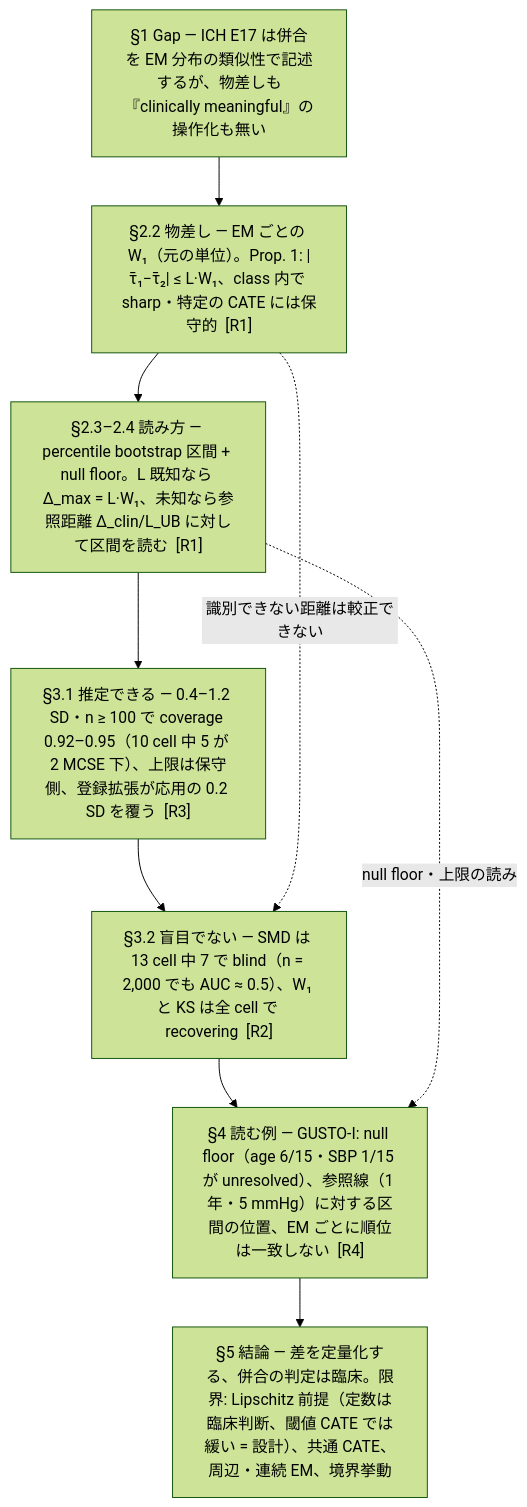
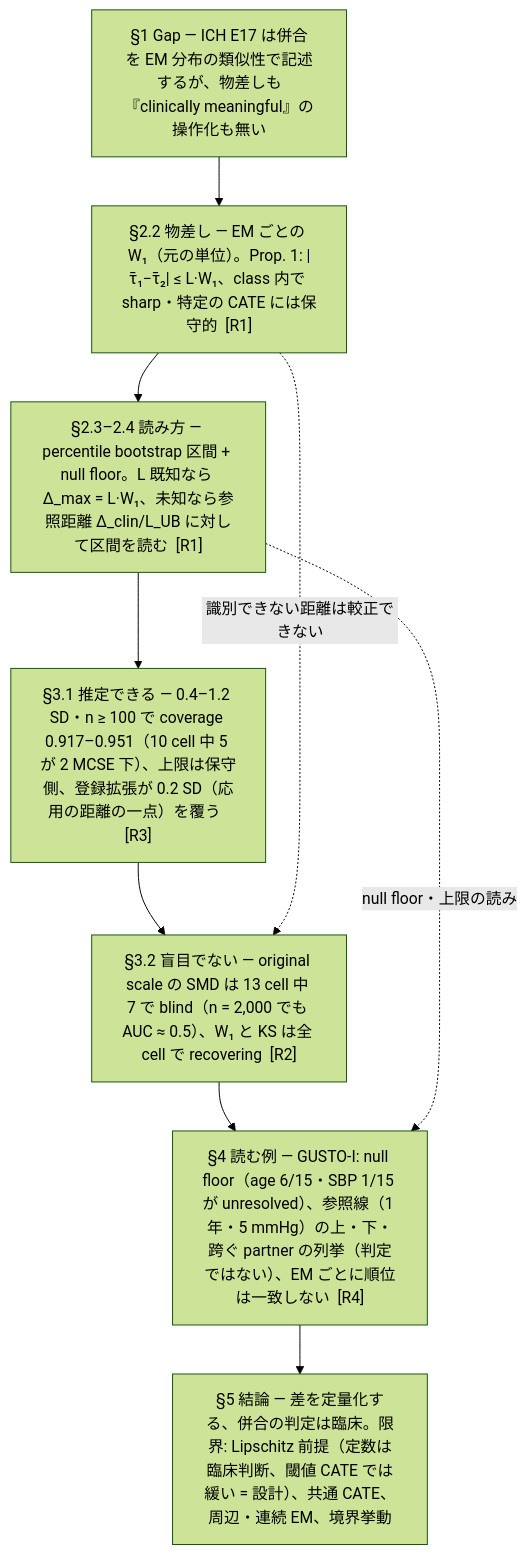
One commit to tnagakubo/similarity_metrics changed the diagram in projects/similarity-metric/PAPER_LOGIC.md. Above: the diagram before and after it, drawn with Mermaid (forest theme). The commit also changed other lines of this file and 44 other files, not shown here.

````diff
--- a/projects/similarity-metric/PAPER_LOGIC.md
+++ b/projects/similarity-metric/PAPER_LOGIC.md
@@ -13,13 +14,13 @@
 ```mermaid
 flowchart TD
   G["§1 Gap — ICH E17 は併合を EM 分布の類似性で記述するが、物差しも『clinically meaningful』の操作化も無い"]
   M["§2.2 物差し — EM ごとの W₁（元の単位）。Prop. 1: |τ̄₁−τ̄₂| ≤ L·W₁、class 内で sharp・特定の CATE には保守的  [R1]"]
   Rd["§2.3–2.4 読み方 — percentile bootstrap 区間 + null floor。L 既知なら Δ_max = L·W₁、未知なら参照距離 Δ_clin/L_UB に対して区間を読む  [R1]"]
-  S1["§3.2 盲目でない — SMD は 13 cell 中 7 で blind（n = 2,000 でも AUC ≈ 0.5）、W₁ と KS は全 cell で recovering  [R2]"]
-  S2["§3.1 推定できる — 0.4–1.2 SD・n ≥ 100 で coverage 0.92–0.95（10 cell 中 5 が 2 MCSE 下）、上限は保守側、登録拡張が応用の 0.2 SD を覆う  [R3]"]
-  A["§4 読む例 — GUSTO-I: null floor（age 6/15・SBP 1/15 が unresolved）、参照線（1 年・5 mmHg）に対する区間の位置、EM ごとに順位は一致しない  [R4]"]
+  S1["§3.2 盲目でない — original scale の SMD は 13 cell 中 7 で blind（n = 2,000 でも AUC ≈ 0.5）、W₁ と KS は全 cell で recovering  [R2]"]
+  S2["§3.1 推定できる — 0.4–1.2 SD・n ≥ 100 で coverage 0.917–0.951（10 cell 中 5 が 2 MCSE 下）、上限は保守側、登録拡張が 0.2 SD（応用の距離の一点）を覆う  [R3]"]
+  A["§4 読む例 — GUSTO-I: null floor（age 6/15・SBP 1/15 が unresolved）、参照線（1 年・5 mmHg）の上・下・跨ぐ partner の列挙（判定ではない）、EM ごとに順位は一致しない  [R4]"]
   C["§5 結論 — 差を定量化する、併合の判定は臨床。限界: Lipschitz 前提（定数は臨床判断、閾値 CATE では緩い = 設計）、共通 CATE、周辺・連続 EM、境界挙動"]
   G --> M --> Rd --> S2 --> S1 --> A --> C
   Rd -.->|"null floor・上限の読み"| A
   M -.->|"識別できない距離は較正できない"| S1
 ```
````
